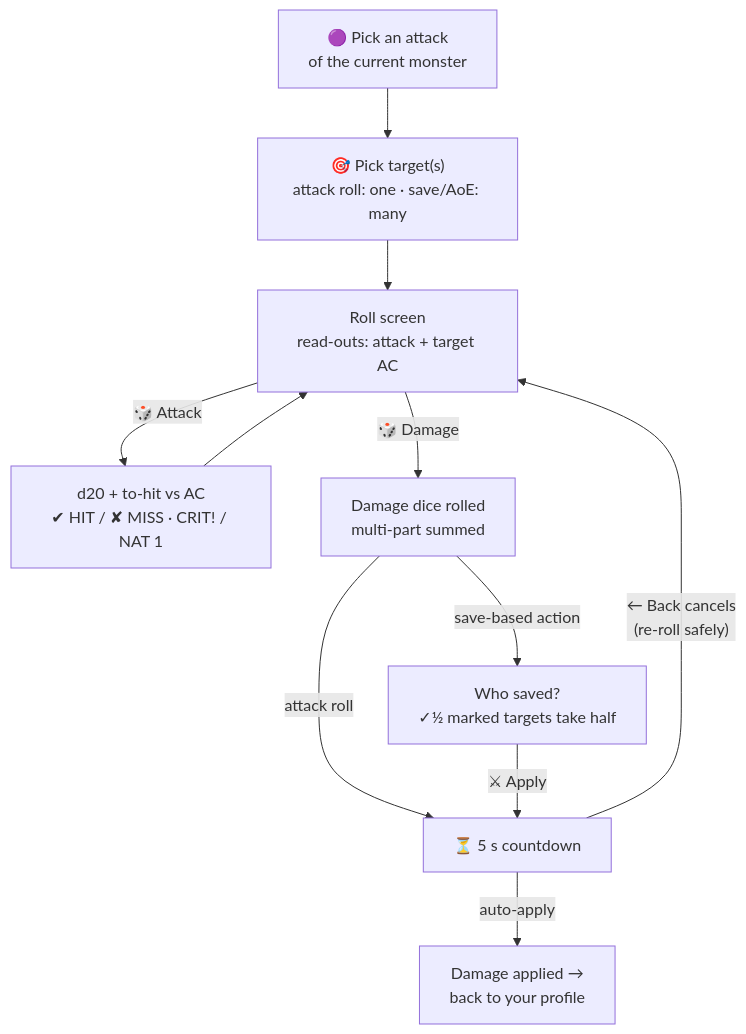
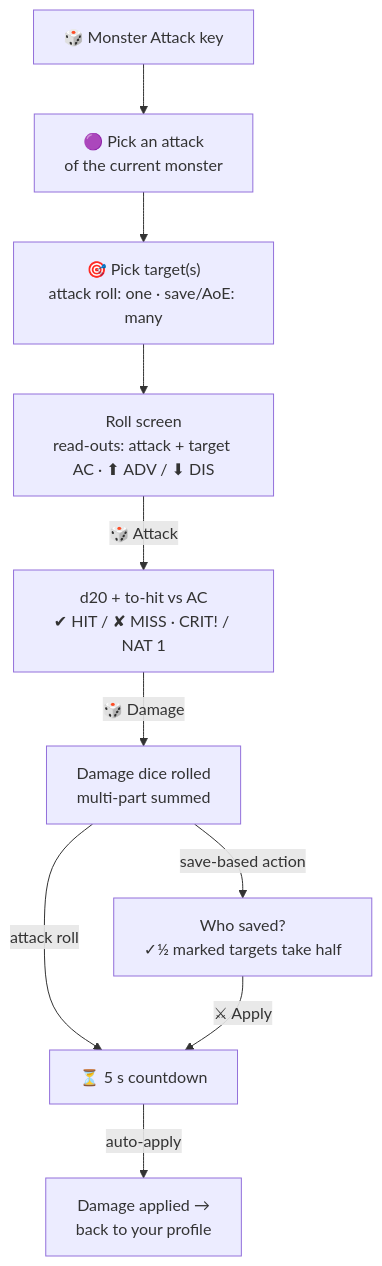
One commit to Lil-Dank/DnD-Combat-Tracker changed the third of 5 diagrams in README.md. Above: the diagram before and after it, drawn with Mermaid. The commit also changed other lines of this file, not shown here.

First line of the commit message:
README: simplify the Stream Deck flow diagrams

````diff
--- a/README.md
+++ b/README.md
@@ -446,13 +444,12 @@
 ```mermaid
 flowchart TD
-    P["🟣 Pick an attack<br/>of the current monster"] --> T["🎯 Pick target(s)<br/>attack roll: one · save/AoE: many"]
-    T --> R["Roll screen<br/>read-outs: attack + target AC"]
+    K["🎲 Monster Attack key"] --> P["🟣 Pick an attack<br/>of the current monster"]
+    P --> T["🎯 Pick target(s)<br/>attack roll: one · save/AoE: many"]
+    T --> R["Roll screen<br/>read-outs: attack + target AC · ⬆ ADV / ⬇ DIS"]
     R -->|"🎲 Attack"| V["d20 + to-hit vs AC<br/>✔ HIT / ✘ MISS · CRIT! / NAT 1"]
-    V --> R
-    R -->|"🎲 Damage"| D["Damage dice rolled<br/>multi-part summed"]
+    V -->|"🎲 Damage"| D["Damage dice rolled<br/>multi-part summed"]
     D -->|"save-based action"| S["Who saved?<br/>✓½ marked targets take half"]
     D -->|"attack roll"| CD["⏳ 5 s countdown"]
     S -->|"⚔ Apply"| CD
     CD -->|"auto-apply"| X["Damage applied →<br/>back to your profile"]
-    CD -->|"← Back cancels<br/>(re-roll safely)"| R
 ```
````
